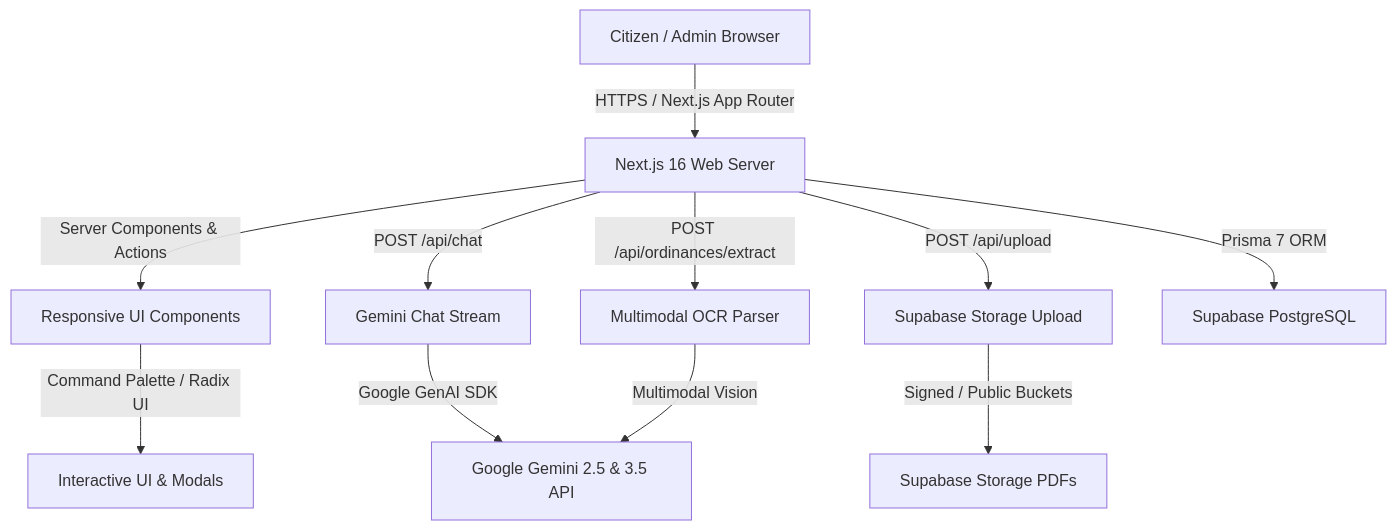
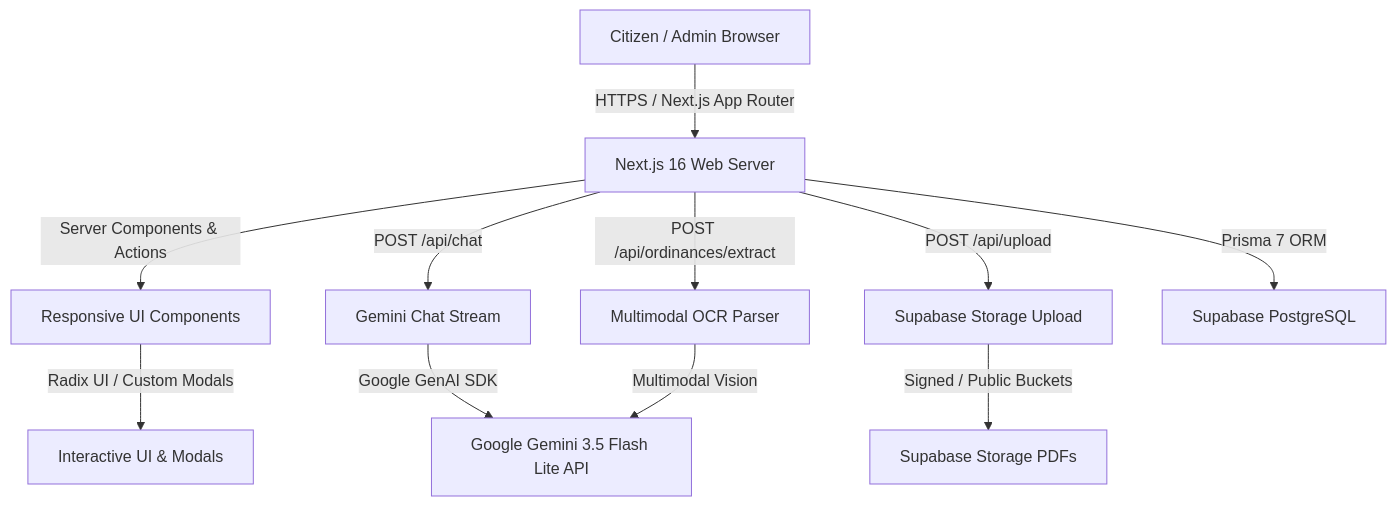
The diagram in README.md (jsoul-dev/cabanatuan-city-ordinance-portal), drawn with Mermaid before and after one commit. The commit also changed other lines of this file, not shown here.

Commit message:
docs: fix README to exclusively cite Gemini 3.5 Flash Lite and remove inaccurate command palette reference

````diff
--- a/README.md
+++ b/README.md
@@ -61,16 +60,16 @@
 ```mermaid
 graph TD
     Client["Citizen / Admin Browser"] -->|"HTTPS / Next.js App Router"| Next["Next.js 16 Web Server"]
     
     Next -->|"Server Components & Actions"| UI["Responsive UI Components"]
-    UI -->|"Command Palette / Radix UI"| Modals["Interactive UI & Modals"]
+    UI -->|"Radix UI / Custom Modals"| Modals["Interactive UI & Modals"]
     
     Next -->|"POST /api/chat"| ChatAPI["Gemini Chat Stream"]
     Next -->|"POST /api/ordinances/extract"| ExtractAPI["Multimodal OCR Parser"]
     Next -->|"POST /api/upload"| UploadAPI["Supabase Storage Upload"]
     
-    ChatAPI -->|"Google GenAI SDK"| Gemini["Google Gemini 2.5 & 3.5 API"]
+    ChatAPI -->|"Google GenAI SDK"| Gemini["Google Gemini 3.5 Flash Lite API"]
     ExtractAPI -->|"Multimodal Vision"| Gemini
     Next -->|"Prisma 7 ORM"| Postgres["Supabase PostgreSQL"]
     UploadAPI -->|"Signed / Public Buckets"| Storage["Supabase Storage PDFs"]
 ```
````
